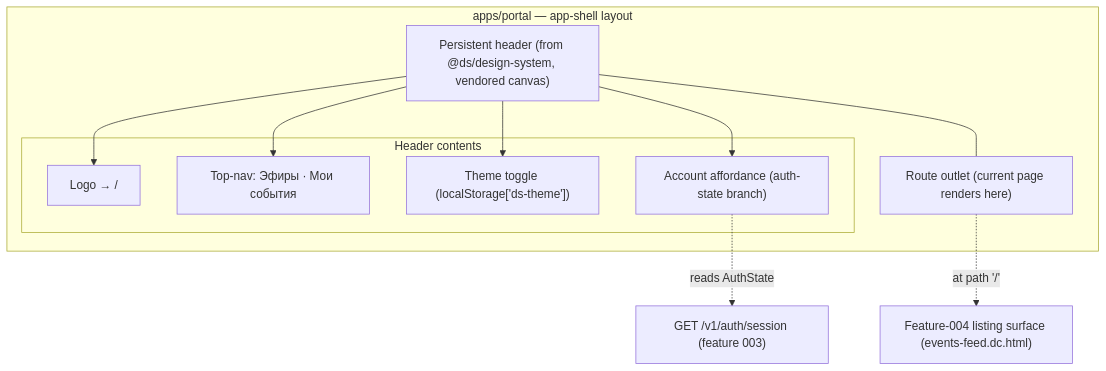
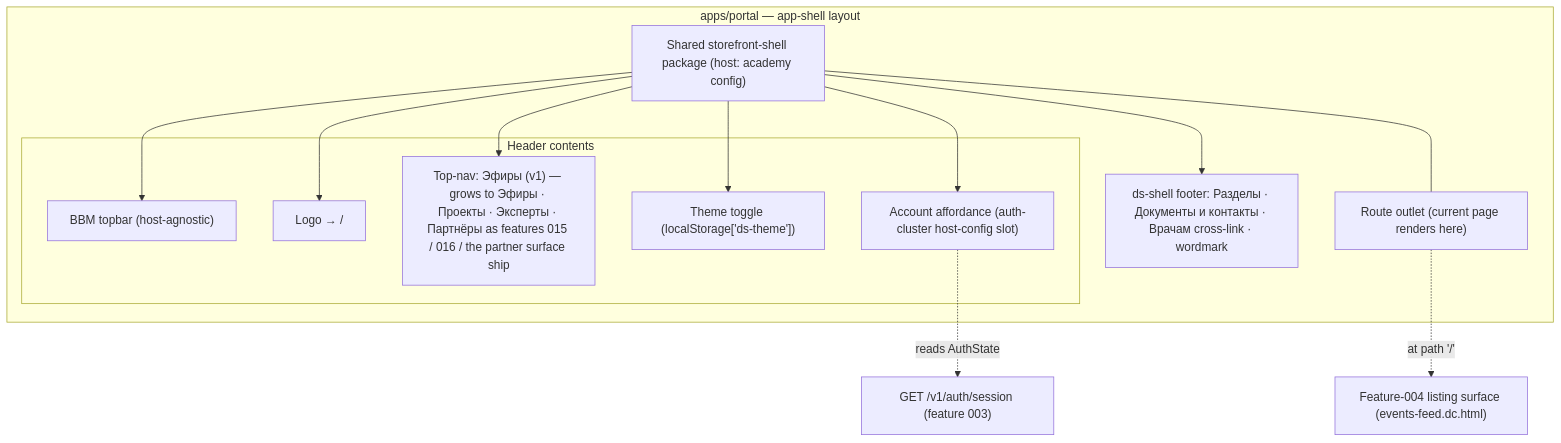
The first of 4 diagrams in apps/docs/content/specs/features/008-portal-shell/008-design.md (doctor-school/ds-platform), drawn with Mermaid before and after one commit. The commit also changed other lines of this file and 12 other files, not shown here.

First line of the commit message:
docs(2180): one storefront shell package with host config — spec, registry and plan deltas

````diff
--- a/apps/docs/content/specs/features/008-portal-shell/008-design.md
+++ b/apps/docs/content/specs/features/008-portal-shell/008-design.md
@@ -20,23 +20,27 @@
 ```mermaid
 flowchart TB
   subgraph portal[apps/portal — app-shell layout]
-    HEADER["Persistent header (from @ds/design-system, vendored canvas)"]
+    SHELL["Shared storefront-shell package (host: academy config)"]
     subgraph headerbits[Header contents]
+      TOPBAR["BBM topbar (host-agnostic)"]
       LOGO["Logo → /"]
-      NAV["Top-nav: Эфиры · Мои события"]
+      NAV["Top-nav: Эфиры (v1) — grows to Эфиры · Проекты · Эксперты · Партнёры as features 015 / 016 / the partner surface ship"]
       THEME["Theme toggle (localStorage['ds-theme'])"]
-      ACCT["Account affordance (auth-state branch)"]
+      ACCT["Account affordance (auth-cluster host-config slot)"]
     end
+    FOOTER["ds-shell footer: Разделы · Документы и контакты · Врачам cross-link · wordmark"]
     OUTLET["Route outlet (current page renders here)"]
   end
   SESS["GET /v1/auth/session (feature 003)"]
   LISTING["Feature-004 listing surface (events-feed.dc.html)"]
 
-  HEADER --> LOGO
-  HEADER --> NAV
-  HEADER --> THEME
-  HEADER --> ACCT
+  SHELL --> TOPBAR
+  SHELL --> LOGO
+  SHELL --> NAV
+  SHELL --> THEME
+  SHELL --> ACCT
+  SHELL --> FOOTER
   ACCT -. "reads AuthState" .-> SESS
   OUTLET -. "at path '/'" .-> LISTING
-  HEADER --- OUTLET
+  SHELL --- OUTLET
 ```
````
